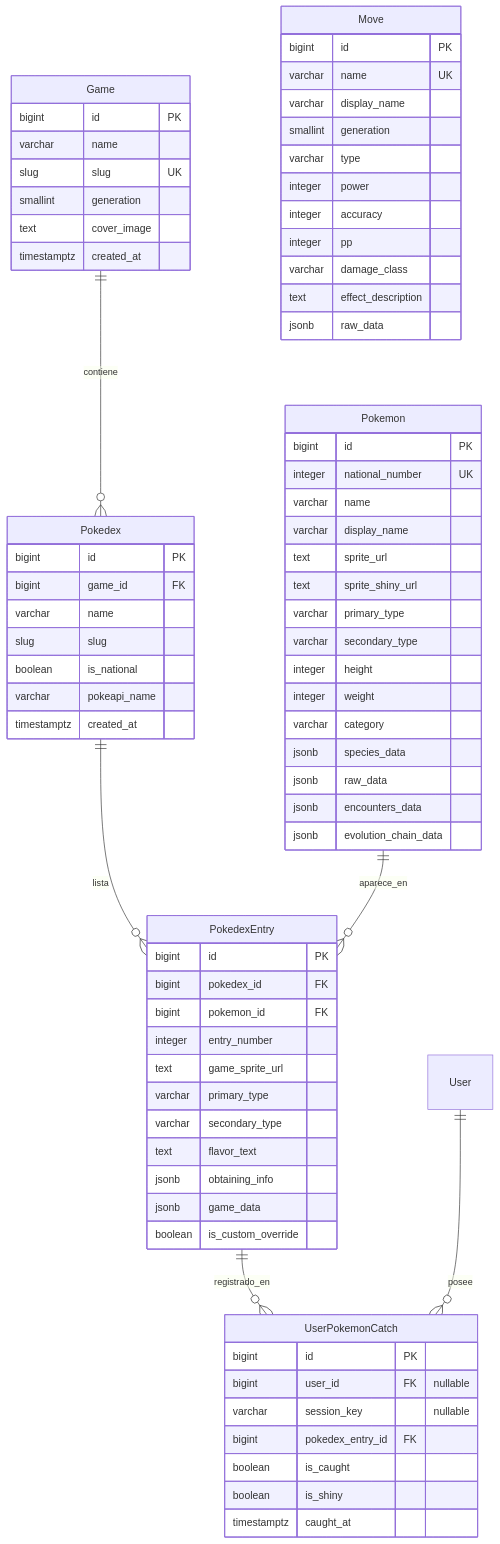
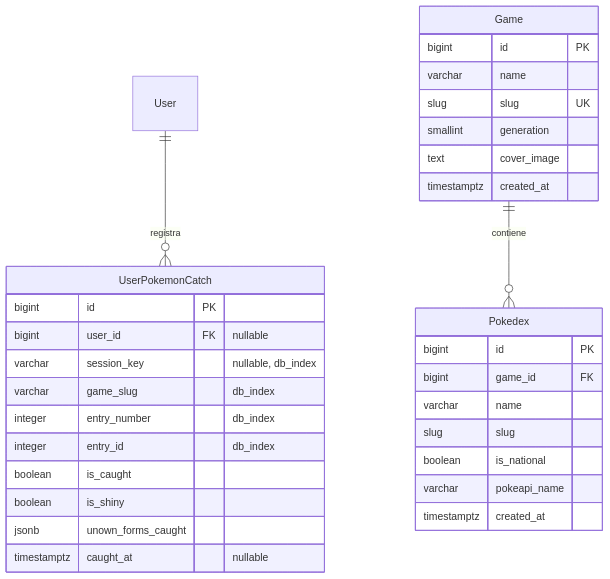
Before and after one commit to Gatozo/pokedexglobal: the diagram in docs/es/modelos-de-datos.md, drawn with Mermaid. The commit also changed other lines of this file and 31 other files, not shown here.

````diff
--- a/docs/es/modelos-de-datos.md
+++ b/docs/es/modelos-de-datos.md
@@ -5,10 +7,7 @@
 ```mermaid
 erDiagram
+    User ||--o{ UserPokemonCatch : "registra"
     Game ||--o{ Pokedex : "contiene"
-    Pokedex ||--o{ PokedexEntry : "lista"
-    Pokemon ||--o{ PokedexEntry : "aparece_en"
-    PokedexEntry ||--o{ UserPokemonCatch : "registrado_en"
-    User ||--o{ UserPokemonCatch : "posee"
 
     Game {
         bigint id PK
@@ -29,59 +28,16 @@
         timestamptz created_at
     }
 
-    Pokemon {
-        bigint id PK
-        integer national_number UK
-        varchar name
-        varchar display_name
-        text sprite_url
-        text sprite_shiny_url
-        varchar primary_type
-        varchar secondary_type
-        integer height
-        integer weight
-        varchar category
-        jsonb species_data
-        jsonb raw_data
-        jsonb encounters_data
-        jsonb evolution_chain_data
-    }
-
-    PokedexEntry {
-        bigint id PK
-        bigint pokedex_id FK
-        bigint pokemon_id FK
-        integer entry_number
-        text game_sprite_url
-        varchar primary_type
-        varchar secondary_type
-        text flavor_text
-        jsonb obtaining_info
-        jsonb game_data
-        boolean is_custom_override
-    }
-
     UserPokemonCatch {
         bigint id PK
         bigint user_id FK "nullable"
-        varchar session_key "nullable"
-        bigint pokedex_entry_id FK
+        varchar session_key "nullable, db_index"
+        varchar game_slug "db_index"
+        integer entry_number "db_index"
+        integer entry_id "db_index"
         boolean is_caught
         boolean is_shiny
-        timestamptz caught_at
-    }
-
-    Move {
-        bigint id PK
-        varchar name UK
-        varchar display_name
-        smallint generation
-        varchar type
-        integer power
-        integer accuracy
-        integer pp
-        varchar damage_class
-        text effect_description
-        jsonb raw_data
+        jsonb unown_forms_caught
+        timestamptz caught_at "nullable"
     }
 ```
````
